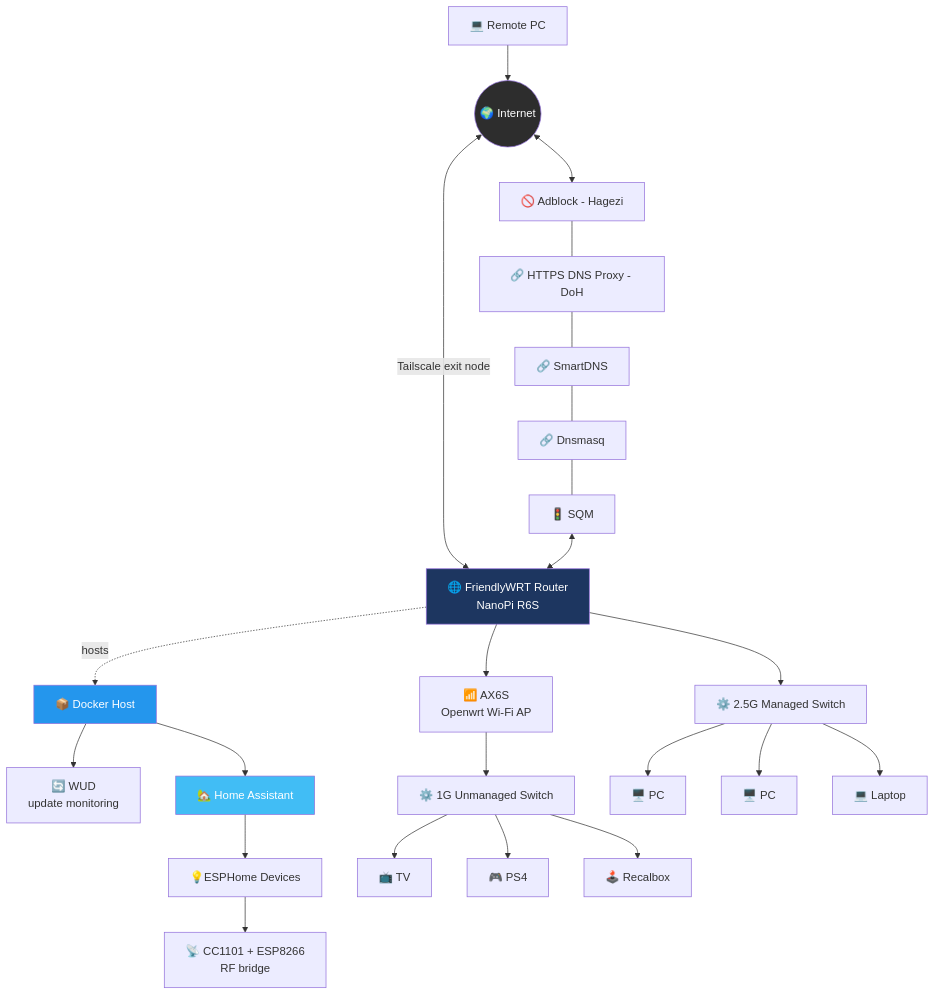
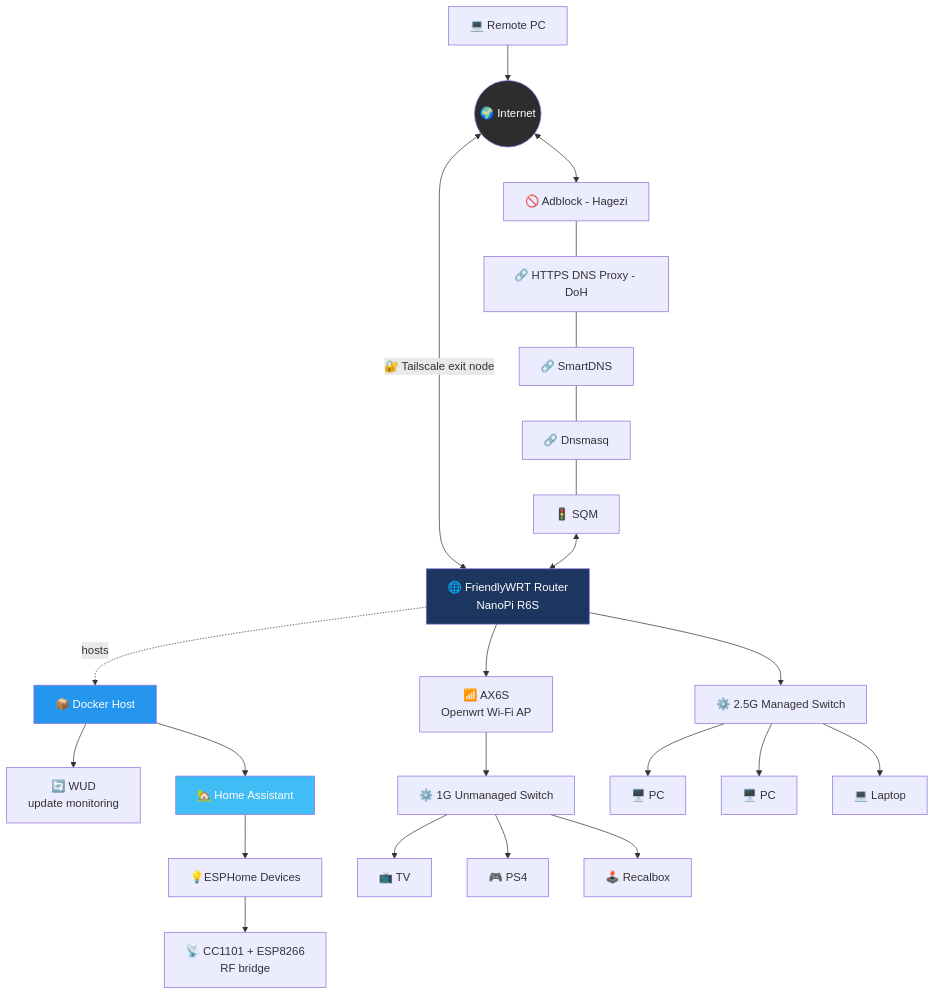
Before and after one commit to anilgunduzz/myhomelab: the diagram in README.md, drawn with Mermaid.

Commit message:
Update Tailscale exit node label in diagram

````diff
--- a/README.md
+++ b/README.md
@@ -44,35 +44,35 @@
 ```mermaid
 flowchart TD
     NET(("🌍 Internet"))
     REMOTE["💻 Remote PC"] --> NET
-    NET <-->|Tailscale exit node| R6S
+    NET <-->|🔐 Tailscale exit node| R6S
 
     NET <--> ADB["🚫 Adblock - Hagezi"]
     ADB --- DOH["🔗 HTTPS DNS Proxy - DoH"]
     DOH --- SDNS["🔗 SmartDNS"]
     SDNS --- DNSM["🔗 Dnsmasq"]
     DNSM --- SQM["🚦 SQM"]
     SQM <--> R6S["🌐 FriendlyWRT Router<br/>NanoPi R6S"]
 
     R6S -.->|hosts| DOCKER["📦 Docker Host"]
     DOCKER --> WUD["🔄️ WUD<br/>update monitoring"]
     DOCKER --> HA["🏡 Home Assistant"]
     HA --> ESP["💡ESPHome Devices"]
     ESP --> RF["📡 CC1101 + ESP8266<br/>RF bridge"]
 
     R6S --> AX6S["📶 AX6S<br/>Openwrt Wi-Fi AP"]
     AX6S --> SW1["⚙️ 1G Unmanaged Switch"]
     SW1 --> TV["📺 TV"]
     SW1 --> PS4["🎮 PS4"]
     SW1 --> RECAL["🕹️ Recalbox"]
 
     R6S --> SW2["⚙️ 2.5G Managed Switch"]
     SW2 --> PC1["🖥️ PC"]
     SW2 --> PC2["🖥️ PC"]
     SW2 --> LAP["💻 Laptop"]
 
     style R6S fill:#1D3660,color:#fff
     style DOCKER fill:#2496ED,color:#fff
     style HA fill:#41BDF5,color:#fff
     style NET fill:#2d2d2d,color:#fff
 ```
````
